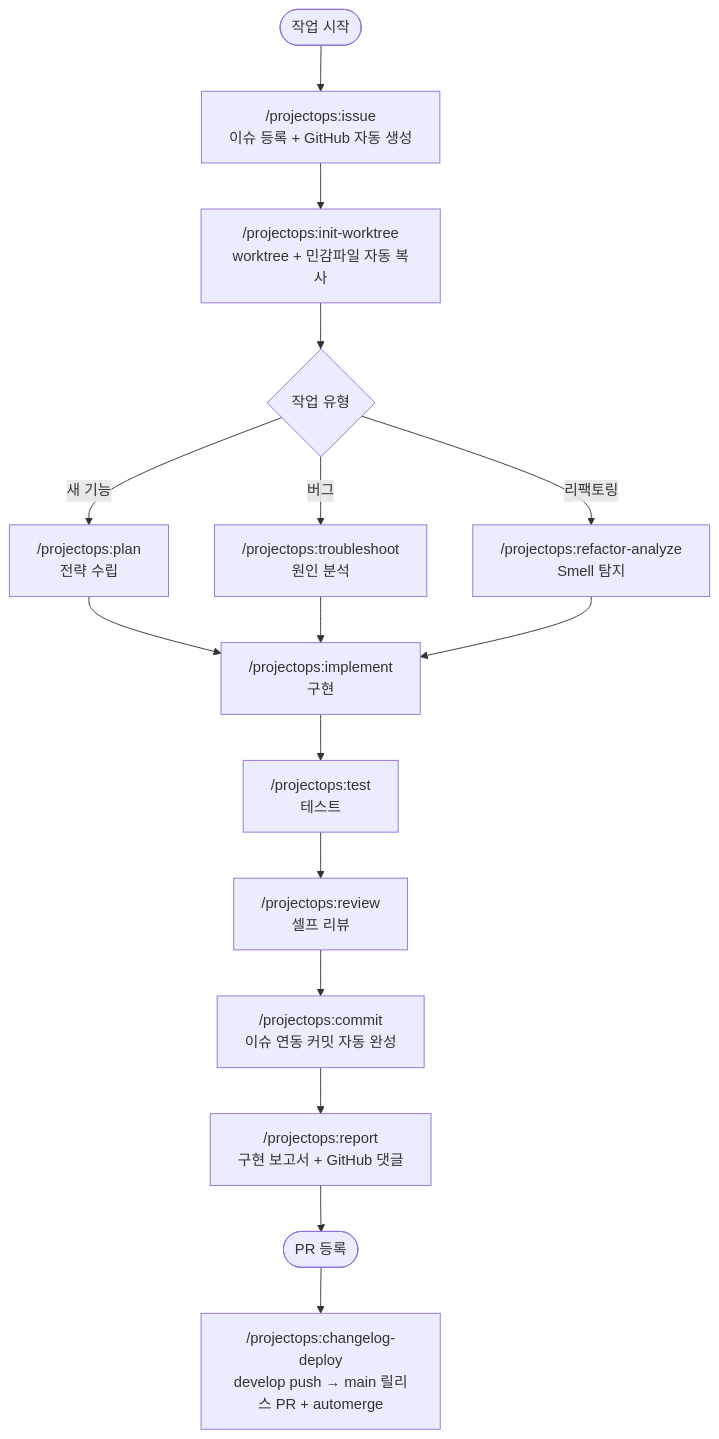
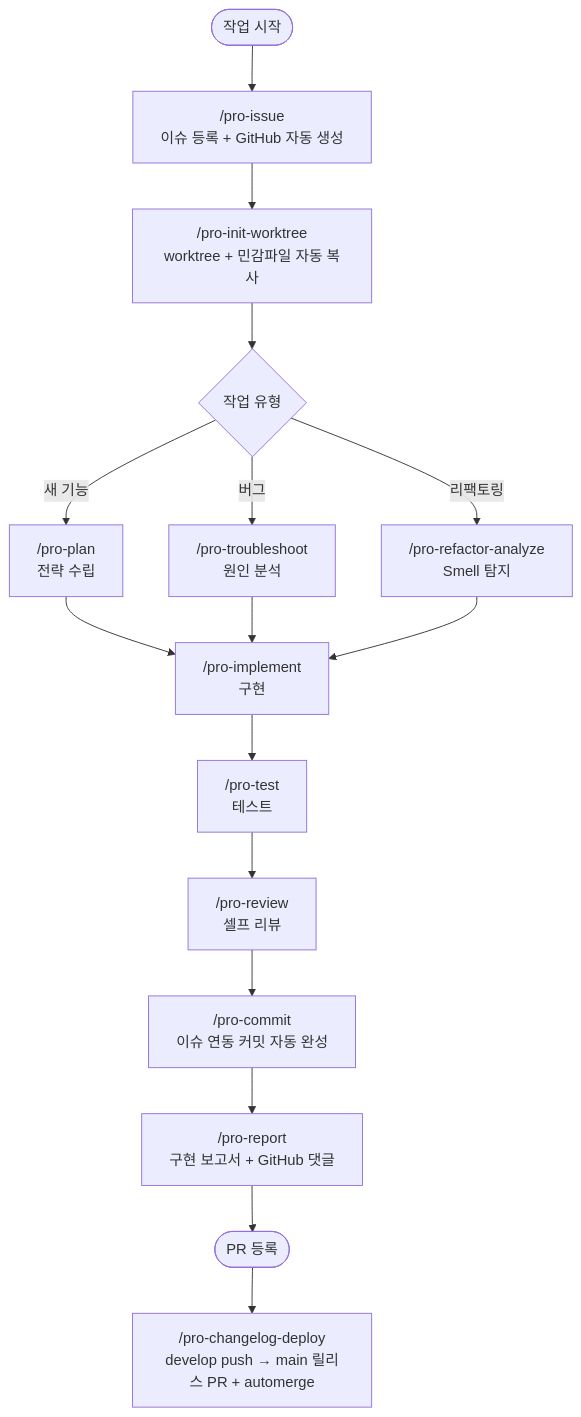
Before and after one commit to Cassiiopeia/SUH-DEVOPS-TEMPLATE: the first of 2 diagrams in README.md, drawn with Mermaid. The commit also changed other lines of this file and 9 other files, not shown here.

Commit message:
문서·CLAUDE.md 스킬 호출 표기 pro- 통일 : docs : projectops:<skill>->pro-<skill>(Docker 태그·placeholder 보존)

````diff
--- a/README.md
+++ b/README.md
@@ -41,20 +41,20 @@
 ```mermaid
 flowchart TD
-    A([작업 시작]) --> B["/projectops:issue\n이슈 등록 + GitHub 자동 생성"]
-    B --> C["/projectops:init-worktree\nworktree + 민감파일 자동 복사"]
+    A([작업 시작]) --> B["/pro-issue\n이슈 등록 + GitHub 자동 생성"]
+    B --> C["/pro-init-worktree\nworktree + 민감파일 자동 복사"]
     C --> D{작업 유형}
 
-    D -->|새 기능| E1["/projectops:plan\n전략 수립"]
-    D -->|버그| E2["/projectops:troubleshoot\n원인 분석"]
-    D -->|리팩토링| E3["/projectops:refactor-analyze\nSmell 탐지"]
+    D -->|새 기능| E1["/pro-plan\n전략 수립"]
+    D -->|버그| E2["/pro-troubleshoot\n원인 분석"]
+    D -->|리팩토링| E3["/pro-refactor-analyze\nSmell 탐지"]
 
-    E1 --> F["/projectops:implement\n구현"]
+    E1 --> F["/pro-implement\n구현"]
     E2 --> F
     E3 --> F
-    F --> G["/projectops:test\n테스트"]
-    G --> H["/projectops:review\n셀프 리뷰"]
-    H --> I["/projectops:commit\n이슈 연동 커밋 자동 완성"]
-    I --> J["/projectops:report\n구현 보고서 + GitHub 댓글"]
+    F --> G["/pro-test\n테스트"]
+    G --> H["/pro-review\n셀프 리뷰"]
+    H --> I["/pro-commit\n이슈 연동 커밋 자동 완성"]
+    I --> J["/pro-report\n구현 보고서 + GitHub 댓글"]
     J --> K([PR 등록])
-    K --> L["/projectops:changelog-deploy\ndevelop push → main 릴리스 PR + automerge"]
+    K --> L["/pro-changelog-deploy\ndevelop push → main 릴리스 PR + automerge"]
 ```
````
